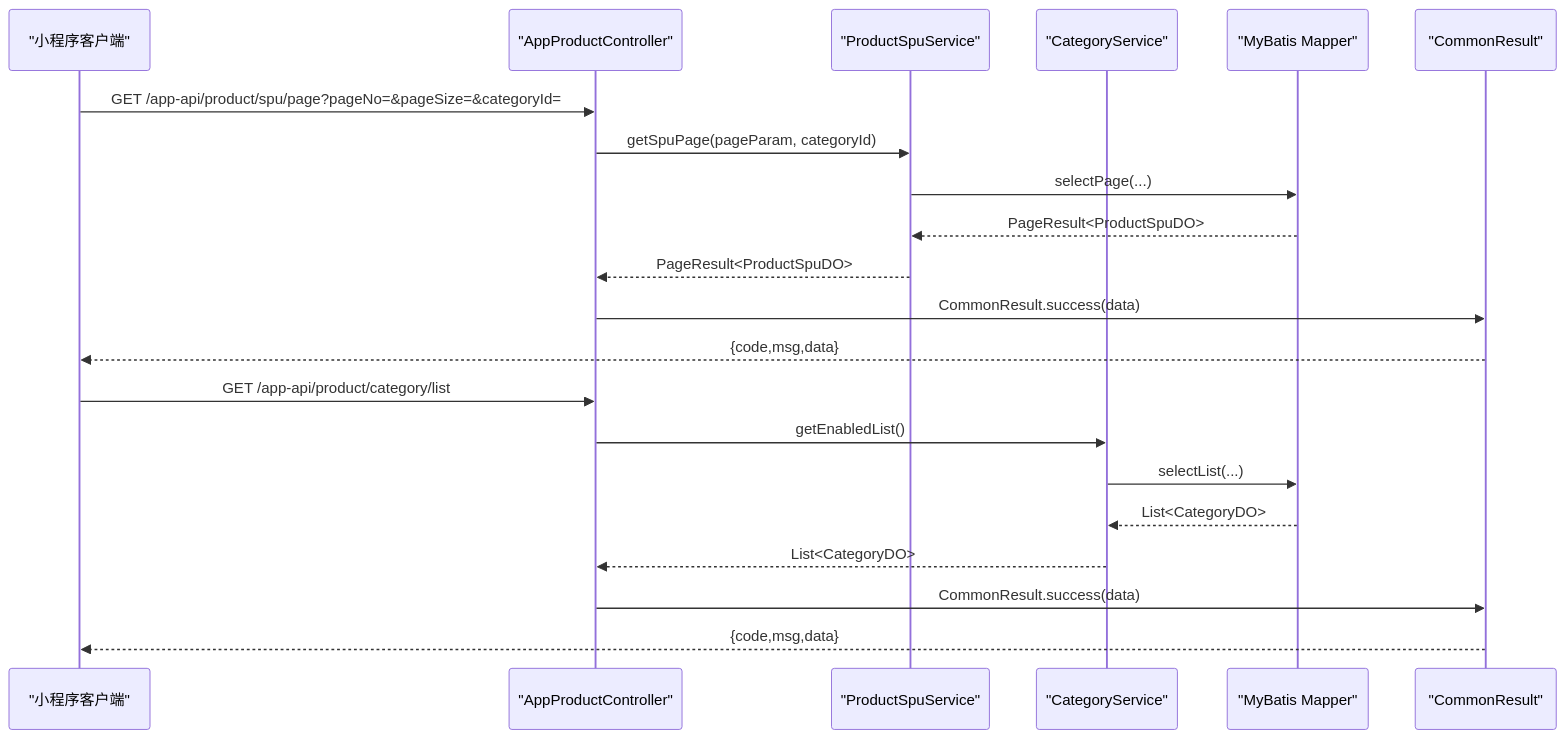
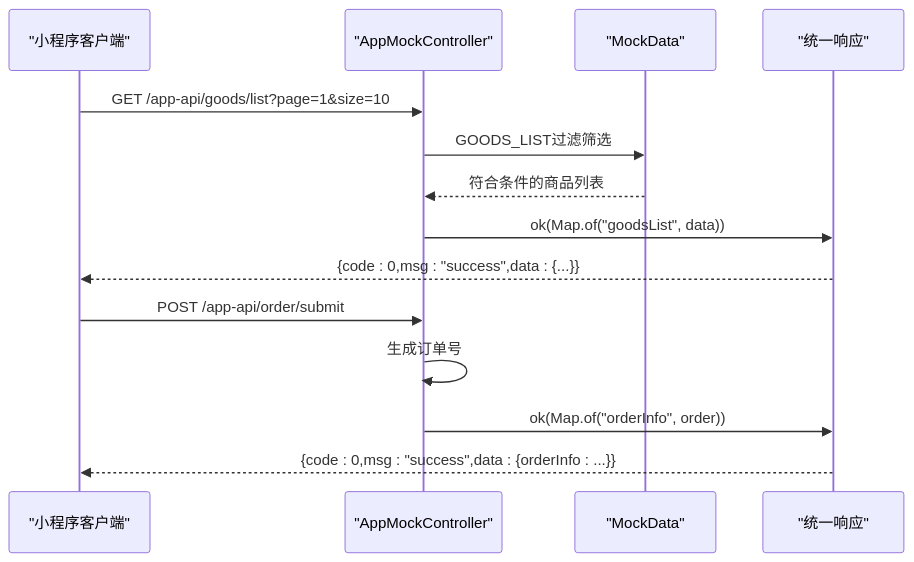
Before and after one commit to QtImM/wechatMiniprogram_Store: the second of 3 diagrams in .qoder/repowiki/zh/content/API接口文档/API接口文档.md, drawn with Mermaid. The commit also changed other lines of this file and 109 other files, not shown here.

````diff
--- a/.qoder/repowiki/zh/content/API接口文档/API接口文档.md
+++ b/.qoder/repowiki/zh/content/API接口文档/API接口文档.md
@@ -111,23 +103,16 @@
 ```mermaid
 sequenceDiagram
 participant Mini as "小程序客户端"
-participant App as "AppProductController"
-participant SPU as "ProductSpuService"
-participant Cat as "CategoryService"
-participant Mapper as "MyBatis Mapper"
-participant Resp as "CommonResult"
-Mini->>App : GET /app-api/product/spu/page?pageNo=&pageSize=&categoryId=
-App->>SPU : getSpuPage(pageParam, categoryId)
-SPU->>Mapper : selectPage(...)
-Mapper-->>SPU : PageResult<ProductSpuDO>
-SPU-->>App : PageResult<ProductSpuDO>
-App->>Resp : CommonResult.success(data)
-Resp-->>Mini : {code,msg,data}
-Mini->>App : GET /app-api/product/category/list
-App->>Cat : getEnabledList()
-Cat->>Mapper : selectList(...)
-Mapper-->>Cat : List<CategoryDO>
-Cat-->>App : List<CategoryDO>
-App->>Resp : CommonResult.success(data)
-Resp-->>Mini : {code,msg,data}
+participant Mock as "AppMockController"
+participant Data as "MockData"
+participant Resp as "统一响应"
+Mini->>Mock : GET /app-api/goods/list?page=1&size=10
+Mock->>Data : GOODS_LIST过滤筛选
+Data-->>Mock : 符合条件的商品列表
+Mock->>Resp : ok(Map.of("goodsList", data))
+Resp-->>Mini : {code : 0,msg : "success",data : {...}}
+Mini->>Mock : POST /app-api/order/submit
+Mock->>Mock : 生成订单号
+Mock->>Resp : ok(Map.of("orderInfo", order))
+Resp-->>Mini : {code : 0,msg : "success",data : {orderInfo : ...}}
 ```
````
